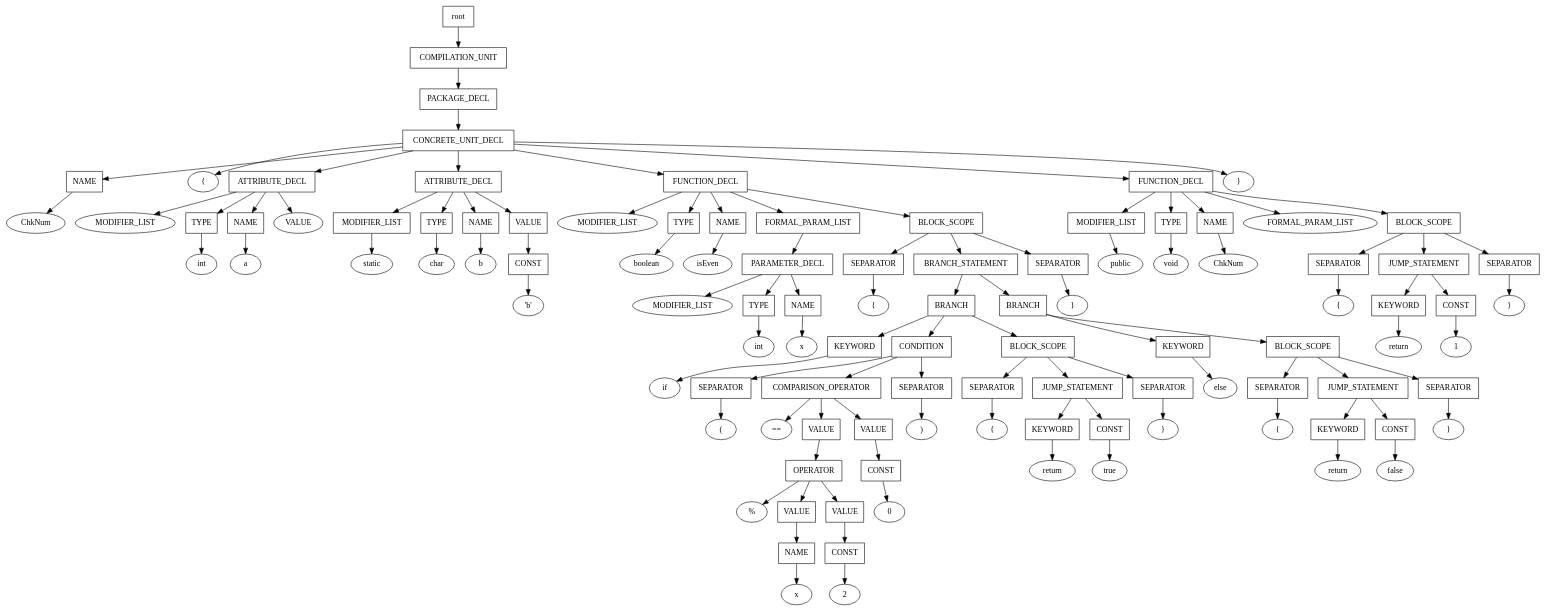
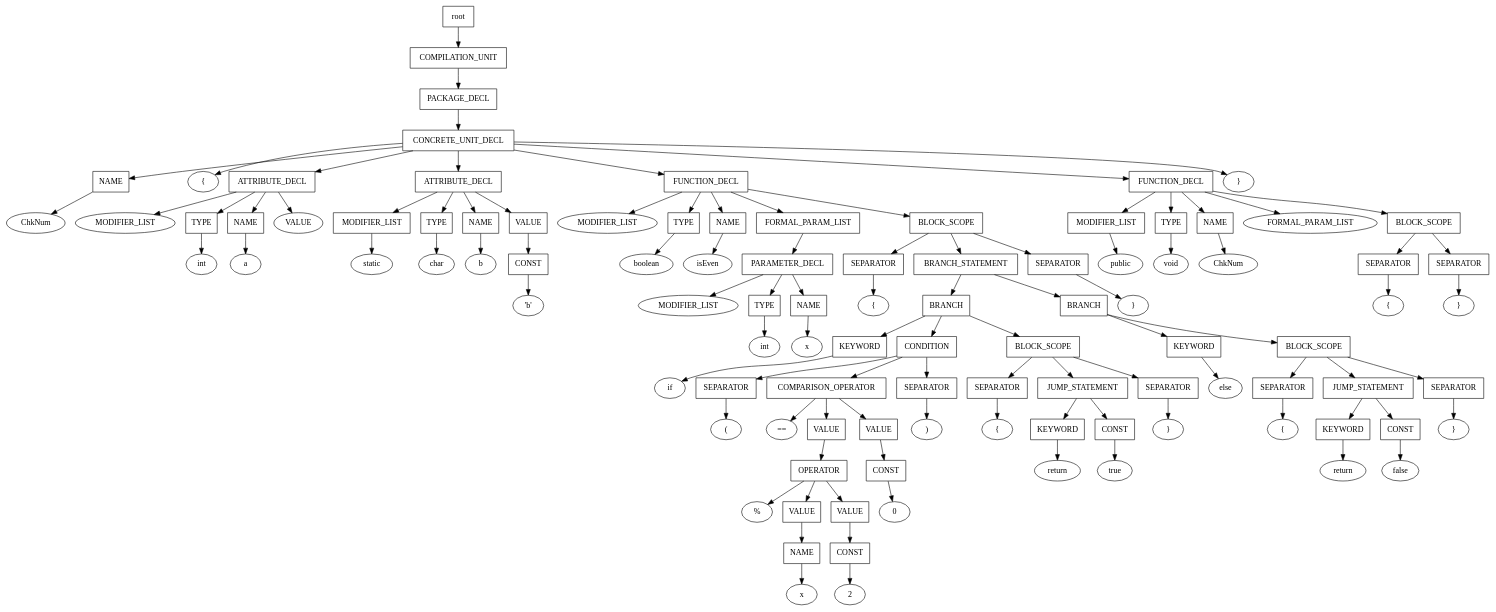
One commit to RafaelSantosBraz/AS2SCompiler changed the diagram in runtime/output/eCST.gv. Above: the diagram before and after it, drawn with Graphviz. The commit also changed 13 other files, not shown here.

```diff
--- a/runtime/output/eCST.gv
+++ b/runtime/output/eCST.gv
@@ -45,8 +45,8 @@
 	n_19 [label="VALUE", shape="rectangle"]
 	n_19 -> n_35
 	n_35 [label="CONST", shape="rectangle"]
-	n_35 -> n_48
-	n_48 [label="'b'", shape="ellipse"]
+	n_35 -> n_47
+	n_47 [label="'b'", shape="ellipse"]
 	n_3 -> n_8
 	n_8 [label="FUNCTION_DECL", shape="rectangle"]
 	n_8 -> n_20
@@ -63,118 +63,118 @@
 	n_23 [label="FORMAL_PARAM_LIST", shape="rectangle"]
 	n_23 -> n_38
 	n_38 [label="PARAMETER_DECL", shape="rectangle"]
+	n_38 -> n_48
+	n_48 [label="MODIFIER_LIST", shape="ellipse"]
 	n_38 -> n_49
-	n_49 [label="MODIFIER_LIST", shape="ellipse"]
+	n_49 [label="TYPE", shape="rectangle"]
+	n_49 -> n_57
+	n_57 [label="int", shape="ellipse"]
 	n_38 -> n_50
-	n_50 [label="TYPE", shape="rectangle"]
-	n_50 -> n_60
-	n_60 [label="int", shape="ellipse"]
-	n_38 -> n_51
-	n_51 [label="NAME", shape="rectangle"]
-	n_51 -> n_61
-	n_61 [label="x", shape="ellipse"]
+	n_50 [label="NAME", shape="rectangle"]
+	n_50 -> n_58
+	n_58 [label="x", shape="ellipse"]
 	n_8 -> n_24
 	n_24 [label="BLOCK_SCOPE", shape="rectangle"]
 	n_24 -> n_39
 	n_39 [label="SEPARATOR", shape="rectangle"]
-	n_39 -> n_52
-	n_52 [label="{", shape="ellipse"]
+	n_39 -> n_51
+	n_51 [label="{", shape="ellipse"]
 	n_24 -> n_40
 	n_40 [label="BRANCH_STATEMENT", shape="rectangle"]
+	n_40 -> n_52
+	n_52 [label="BRANCH", shape="rectangle"]
+	n_52 -> n_59
+	n_59 [label="KEYWORD", shape="rectangle"]
+	n_59 -> n_64
+	n_64 [label="if", shape="ellipse"]
+	n_52 -> n_60
+	n_60 [label="CONDITION", shape="rectangle"]
+	n_60 -> n_65
+	n_65 [label="SEPARATOR", shape="rectangle"]
+	n_65 -> n_75
+	n_75 [label="(", shape="ellipse"]
+	n_60 -> n_66
+	n_66 [label="COMPARISON_OPERATOR", shape="rectangle"]
+	n_66 -> n_76
+	n_76 [label="==", shape="ellipse"]
+	n_66 -> n_77
+	n_77 [label="VALUE", shape="rectangle"]
+	n_77 -> n_88
+	n_88 [label="OPERATOR", shape="rectangle"]
+	n_88 -> n_94
+	n_94 [label="%", shape="ellipse"]
+	n_88 -> n_95
+	n_95 [label="VALUE", shape="rectangle"]
+	n_95 -> n_98
+	n_98 [label="NAME", shape="rectangle"]
+	n_98 -> n_100
+	n_100 [label="x", shape="ellipse"]
+	n_88 -> n_96
+	n_96 [label="VALUE", shape="rectangle"]
+	n_96 -> n_99
+	n_99 [label="CONST", shape="rectangle"]
+	n_99 -> n_101
+	n_101 [label="2", shape="ellipse"]
+	n_66 -> n_78
+	n_78 [label="VALUE", shape="rectangle"]
+	n_78 -> n_89
+	n_89 [label="CONST", shape="rectangle"]
+	n_89 -> n_97
+	n_97 [label="0", shape="ellipse"]
+	n_60 -> n_67
+	n_67 [label="SEPARATOR", shape="rectangle"]
+	n_67 -> n_79
+	n_79 [label=")", shape="ellipse"]
+	n_52 -> n_61
+	n_61 [label="BLOCK_SCOPE", shape="rectangle"]
+	n_61 -> n_68
+	n_68 [label="SEPARATOR", shape="rectangle"]
+	n_68 -> n_80
+	n_80 [label="{", shape="ellipse"]
+	n_61 -> n_69
+	n_69 [label="JUMP_STATEMENT", shape="rectangle"]
+	n_69 -> n_81
+	n_81 [label="KEYWORD", shape="rectangle"]
+	n_81 -> n_90
+	n_90 [label="return", shape="ellipse"]
+	n_69 -> n_82
+	n_82 [label="CONST", shape="rectangle"]
+	n_82 -> n_91
+	n_91 [label="true", shape="ellipse"]
+	n_61 -> n_70
+	n_70 [label="SEPARATOR", shape="rectangle"]
+	n_70 -> n_83
+	n_83 [label="}", shape="ellipse"]
 	n_40 -> n_53
 	n_53 [label="BRANCH", shape="rectangle"]
 	n_53 -> n_62
 	n_62 [label="KEYWORD", shape="rectangle"]
-	n_62 -> n_69
-	n_69 [label="if", shape="ellipse"]
+	n_62 -> n_71
+	n_71 [label="else", shape="ellipse"]
 	n_53 -> n_63
-	n_63 [label="CONDITION", shape="rectangle"]
-	n_63 -> n_70
-	n_70 [label="SEPARATOR", shape="rectangle"]
-	n_70 -> n_80
-	n_80 [label="(", shape="ellipse"]
-	n_63 -> n_71
-	n_71 [label="COMPARISON_OPERATOR", shape="rectangle"]
-	n_71 -> n_81
-	n_81 [label="==", shape="ellipse"]
-	n_71 -> n_82
-	n_82 [label="VALUE", shape="rectangle"]
-	n_82 -> n_93
-	n_93 [label="OPERATOR", shape="rectangle"]
-	n_93 -> n_99
-	n_99 [label="%", shape="ellipse"]
-	n_93 -> n_100
-	n_100 [label="VALUE", shape="rectangle"]
-	n_100 -> n_103
-	n_103 [label="NAME", shape="rectangle"]
-	n_103 -> n_105
-	n_105 [label="x", shape="ellipse"]
-	n_93 -> n_101
-	n_101 [label="VALUE", shape="rectangle"]
-	n_101 -> n_104
-	n_104 [label="CONST", shape="rectangle"]
-	n_104 -> n_106
-	n_106 [label="2", shape="ellipse"]
-	n_71 -> n_83
-	n_83 [label="VALUE", shape="rectangle"]
-	n_83 -> n_94
-	n_94 [label="CONST", shape="rectangle"]
-	n_94 -> n_102
-	n_102 [label="0", shape="ellipse"]
+	n_63 [label="BLOCK_SCOPE", shape="rectangle"]
 	n_63 -> n_72
 	n_72 [label="SEPARATOR", shape="rectangle"]
 	n_72 -> n_84
-	n_84 [label=")", shape="ellipse"]
-	n_53 -> n_64
-	n_64 [label="BLOCK_SCOPE", shape="rectangle"]
-	n_64 -> n_73
-	n_73 [label="SEPARATOR", shape="rectangle"]
+	n_84 [label="{", shape="ellipse"]
+	n_63 -> n_73
+	n_73 [label="JUMP_STATEMENT", shape="rectangle"]
 	n_73 -> n_85
-	n_85 [label="{", shape="ellipse"]
-	n_64 -> n_74
-	n_74 [label="JUMP_STATEMENT", shape="rectangle"]
-	n_74 -> n_86
-	n_86 [label="KEYWORD", shape="rectangle"]
-	n_86 -> n_95
-	n_95 [label="return", shape="ellipse"]
+	n_85 [label="KEYWORD", shape="rectangle"]
+	n_85 -> n_92
+	n_92 [label="return", shape="ellipse"]
+	n_73 -> n_86
+	n_86 [label="CONST", shape="rectangle"]
+	n_86 -> n_93
+	n_93 [label="false", shape="ellipse"]
+	n_63 -> n_74
+	n_74 [label="SEPARATOR", shape="rectangle"]
 	n_74 -> n_87
-	n_87 [label="CONST", shape="rectangle"]
-	n_87 -> n_96
-	n_96 [label="true", shape="ellipse"]
-	n_64 -> n_75
-	n_75 [label="SEPARATOR", shape="rectangle"]
-	n_75 -> n_88
-	n_88 [label="}", shape="ellipse"]
-	n_40 -> n_54
-	n_54 [label="BRANCH", shape="rectangle"]
-	n_54 -> n_65
-	n_65 [label="KEYWORD", shape="rectangle"]
-	n_65 -> n_76
-	n_76 [label="else", shape="ellipse"]
-	n_54 -> n_66
-	n_66 [label="BLOCK_SCOPE", shape="rectangle"]
-	n_66 -> n_77
-	n_77 [label="SEPARATOR", shape="rectangle"]
-	n_77 -> n_89
-	n_89 [label="{", shape="ellipse"]
-	n_66 -> n_78
-	n_78 [label="JUMP_STATEMENT", shape="rectangle"]
-	n_78 -> n_90
-	n_90 [label="KEYWORD", shape="rectangle"]
-	n_90 -> n_97
-	n_97 [label="return", shape="ellipse"]
-	n_78 -> n_91
-	n_91 [label="CONST", shape="rectangle"]
-	n_91 -> n_98
-	n_98 [label="false", shape="ellipse"]
-	n_66 -> n_79
-	n_79 [label="SEPARATOR", shape="rectangle"]
-	n_79 -> n_92
-	n_92 [label="}", shape="ellipse"]
+	n_87 [label="}", shape="ellipse"]
 	n_24 -> n_41
 	n_41 [label="SEPARATOR", shape="rectangle"]
-	n_41 -> n_55
-	n_55 [label="}", shape="ellipse"]
+	n_41 -> n_54
+	n_54 [label="}", shape="ellipse"]
 	n_3 -> n_9
 	n_9 [label="FUNCTION_DECL", shape="rectangle"]
 	n_9 -> n_25
@@ -195,22 +195,12 @@
 	n_29 [label="BLOCK_SCOPE", shape="rectangle"]
 	n_29 -> n_45
 	n_45 [label="SEPARATOR", shape="rectangle"]
-	n_45 -> n_56
-	n_56 [label="{", shape="ellipse"]
+	n_45 -> n_55
+	n_55 [label="{", shape="ellipse"]
 	n_29 -> n_46
-	n_46 [label="JUMP_STATEMENT", shape="rectangle"]
-	n_46 -> n_57
-	n_57 [label="KEYWORD", shape="rectangle"]
-	n_57 -> n_67
-	n_67 [label="return", shape="ellipse"]
-	n_46 -> n_58
-	n_58 [label="CONST", shape="rectangle"]
-	n_58 -> n_68
-	n_68 [label="1", shape="ellipse"]
-	n_29 -> n_47
-	n_47 [label="SEPARATOR", shape="rectangle"]
-	n_47 -> n_59
-	n_59 [label="}", shape="ellipse"]
+	n_46 [label="SEPARATOR", shape="rectangle"]
+	n_46 -> n_56
+	n_56 [label="}", shape="ellipse"]
 	n_3 -> n_10
 	n_10 [label="}", shape="ellipse"]
 }
```
